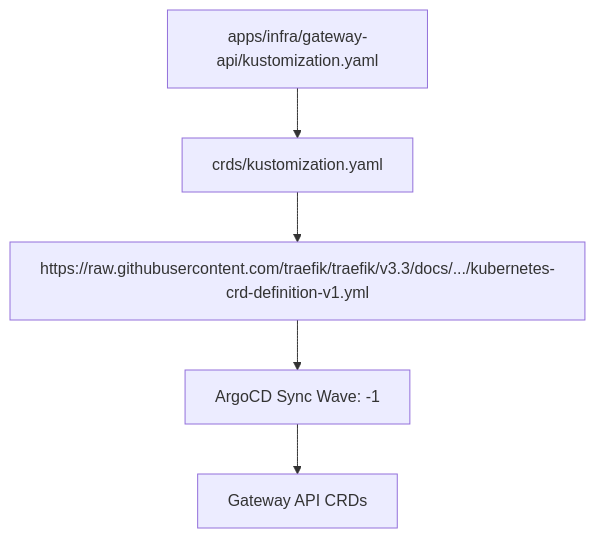
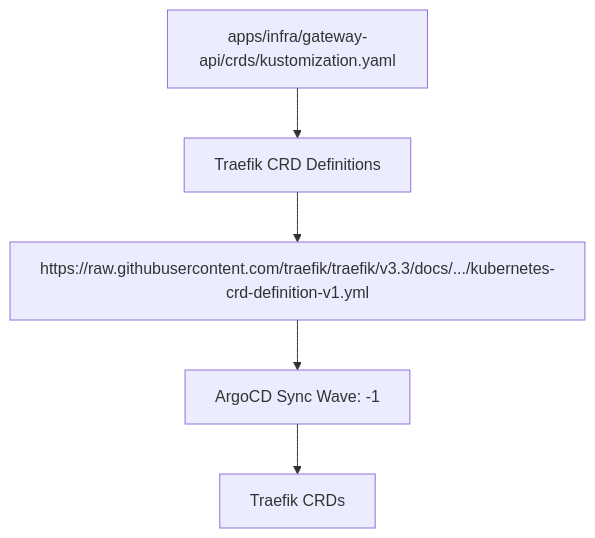
Diagram 11 of 12 in .qoder/repowiki/en/content/Infrastructure Applications/Gateway API Controller.md (Hoangvu75/k8s_manifest), drawn with Mermaid before and after one commit. The commit also changed other lines of this file and 10 other files, not shown here.

````diff
--- a/.qoder/repowiki/en/content/Infrastructure Applications/Gateway API Controller.md
+++ b/.qoder/repowiki/en/content/Infrastructure Applications/Gateway API Controller.md
@@ -410,7 +428,7 @@
 ```mermaid
 flowchart TD
-A["apps/infra/gateway-api/kustomization.yaml"] --> B["crds/kustomization.yaml"]
+A["apps/infra/gateway-api/crds/kustomization.yaml"] --> B["Traefik CRD Definitions"]
 B --> C["https://raw.githubusercontent.com/traefik/traefik/v3.3/docs/.../kubernetes-crd-definition-v1.yml"]
 C --> D["ArgoCD Sync Wave: -1"]
-D --> E["Gateway API CRDs"]
+D --> E["Traefik CRDs"]
 ```
````
